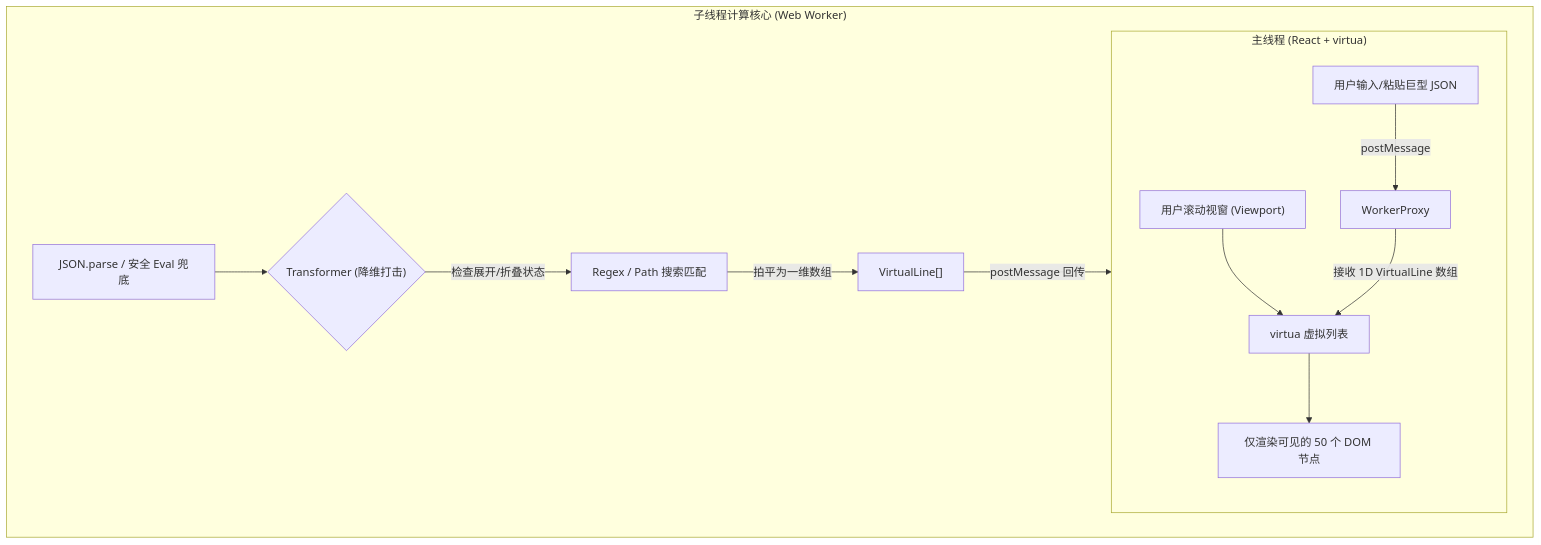
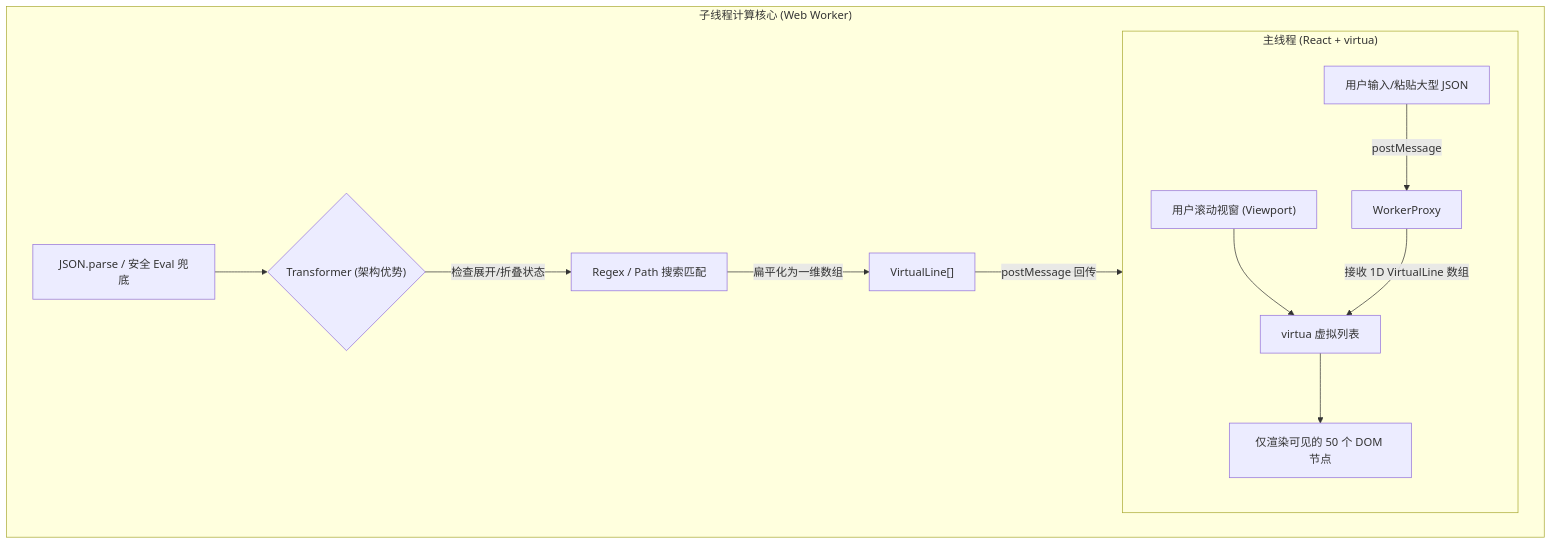
The first of 3 diagrams in src/content/posts/json-tools-architecture/index.md (NollieLeo/NollieLeo.github.io), drawn with Mermaid before and after one commit. The commit also changed other lines of this file and 5 other files, not shown here.

````diff
--- a/src/content/posts/json-tools-architecture/index.md
+++ b/src/content/posts/json-tools-architecture/index.md
@@ -30,18 +30,18 @@
 ```mermaid
 flowchart TD
     subgraph UI ["主线程 (React + virtua)"]
-        Input["用户输入/粘贴巨型 JSON"] -->|postMessage| WorkerProxy
+        Input["用户输入/粘贴大型 JSON"] -->|postMessage| WorkerProxy
         Scroll["用户滚动视窗 (Viewport)"] --> Virtua["virtua 虚拟列表"]
         Virtua --> Render["仅渲染可见的 50 个 DOM 节点"]
         
         WorkerProxy -->|接收 1D VirtualLine 数组| Virtua
     end
 
     subgraph WORKER ["子线程计算核心 (Web Worker)"]
-        Parse["JSON.parse / 安全 Eval 兜底"] --> Flattener{"Transformer (降维打击)"}
+        Parse["JSON.parse / 安全 Eval 兜底"] --> Flattener{"Transformer (架构优势)"}
         
         Flattener -->|检查展开/折叠状态| Filter["Regex / Path 搜索匹配"]
-        Filter -->|拍平为一维数组| Result["VirtualLine[]"]
+        Filter -->|扁平化为一维数组| Result["VirtualLine[]"]
         Result -->|postMessage 回传| UI
     end
 ```
````
